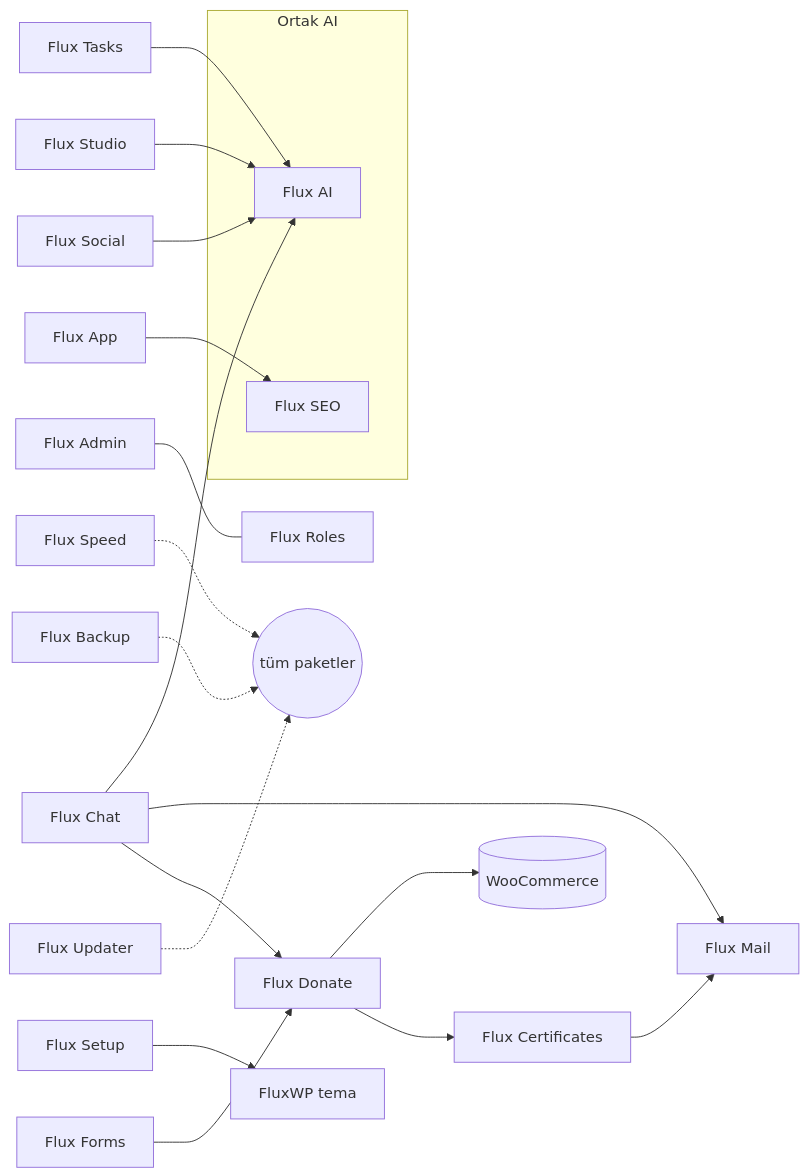
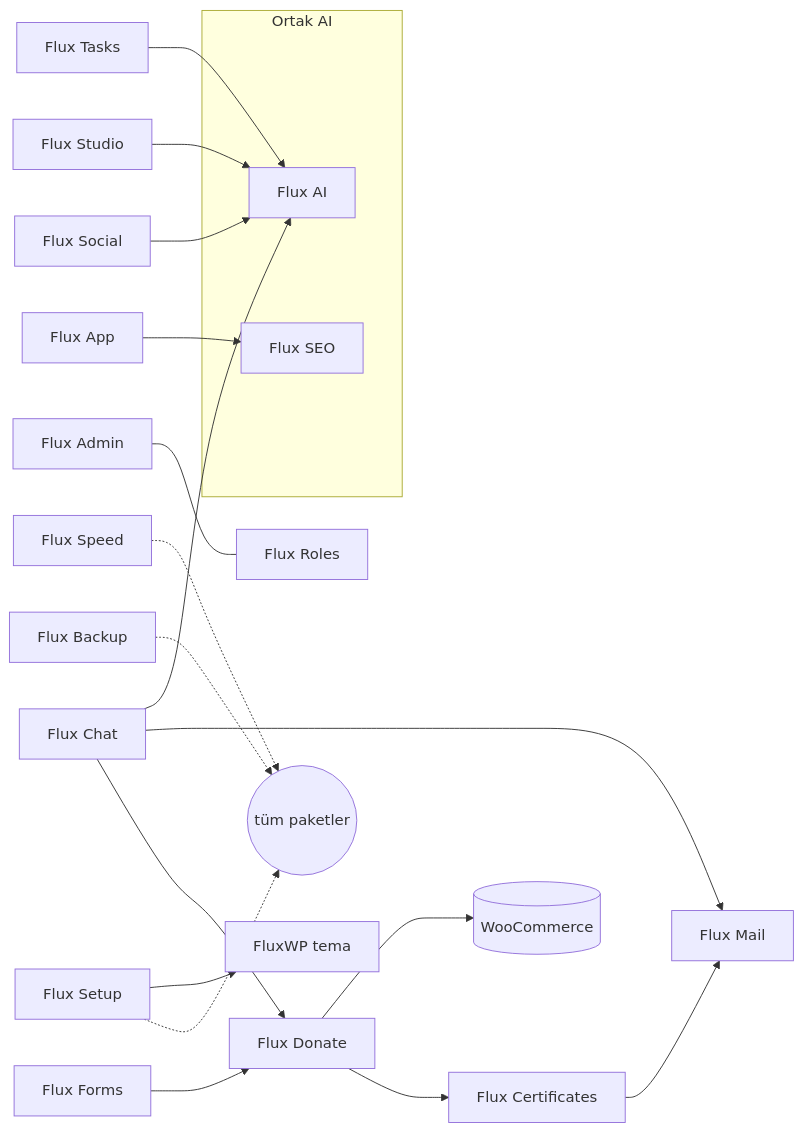
One commit to FluxWP/FluxWP changed the diagram in README.tr.md. Above: the diagram before and after it, drawn with Mermaid. The commit also changed other lines of this file and 225 other files, not shown here.

First line of the commit message:
Flux Setup 1.0.0: merge Flux Updater, add setup wizard

````diff
--- a/README.tr.md
+++ b/README.tr.md
@@ -35,23 +35,23 @@
 ```mermaid
 flowchart LR
   subgraph Ortak AI
     AI["Flux AI"]
     MCP["Flux SEO"]
   end
   BAG["Flux Donate"] --> CERT["Flux Certificates"]
   FORM["Flux Forms"] --> BAG
   BAG --> WOO[("WooCommerce")]
   CC["Flux Chat"] --> BAG
   CC --> COM["Flux Mail"]
   CERT --> COM
   SOC["Flux Social"] --> AI
   STU["Flux Studio"] --> AI
   CC --> AI
   TASK["Flux Tasks"] --> AI
   ADM["Flux Admin"] --- ROL["Flux Roles"]
   APP["Flux App"] --> MCP
-  UPD["Flux Updater"] -.-> ALL(("tüm paketler"))
+  SET["Flux Setup"] -.-> ALL(("tüm paketler"))
   BAK["Flux Backup"] -.-> ALL
   PERF["Flux Speed"] -.-> ALL
   SET["Flux Setup"] --> THEME["FluxWP tema"]
 ```
````
